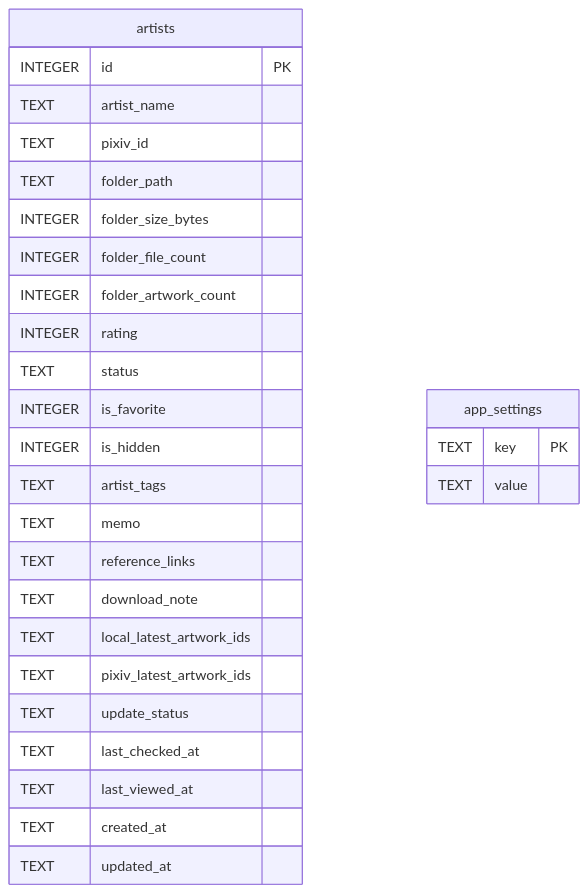
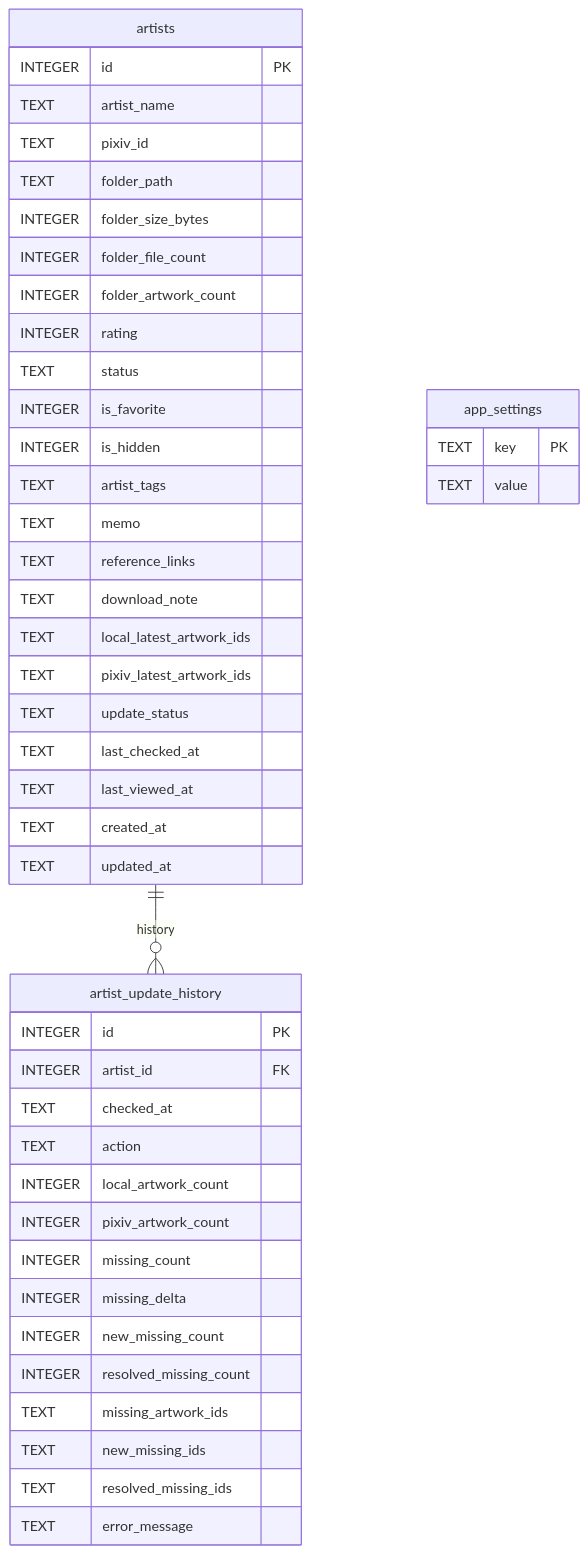
One commit to PKT0623/PixivLocalManager changed the diagram in docs/04_DATABASE.md. Above: the diagram before and after it, drawn with Mermaid. The commit also changed other lines of this file and 10 other files, not shown here.

````diff
--- a/docs/04_DATABASE.md
+++ b/docs/04_DATABASE.md
@@ -31,33 +36,52 @@
 ```mermaid
 erDiagram
 
 artists {
     INTEGER id PK
     TEXT artist_name
     TEXT pixiv_id
     TEXT folder_path
     INTEGER folder_size_bytes
     INTEGER folder_file_count
     INTEGER folder_artwork_count
     INTEGER rating
     TEXT status
     INTEGER is_favorite
     INTEGER is_hidden
     TEXT artist_tags
     TEXT memo
     TEXT reference_links
     TEXT download_note
     TEXT local_latest_artwork_ids
     TEXT pixiv_latest_artwork_ids
     TEXT update_status
     TEXT last_checked_at
     TEXT last_viewed_at
     TEXT created_at
     TEXT updated_at
 }
 
+artist_update_history {
+    INTEGER id PK
+    INTEGER artist_id FK
+    TEXT checked_at
+    TEXT action
+    INTEGER local_artwork_count
+    INTEGER pixiv_artwork_count
+    INTEGER missing_count
+    INTEGER missing_delta
+    INTEGER new_missing_count
+    INTEGER resolved_missing_count
+    TEXT missing_artwork_ids
+    TEXT new_missing_ids
+    TEXT resolved_missing_ids
+    TEXT error_message
+}
+
 app_settings {
     TEXT key PK
     TEXT value
 }
+
+artists ||--o{ artist_update_history : history
 ```
````
